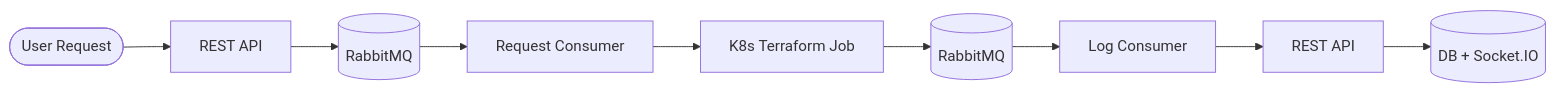
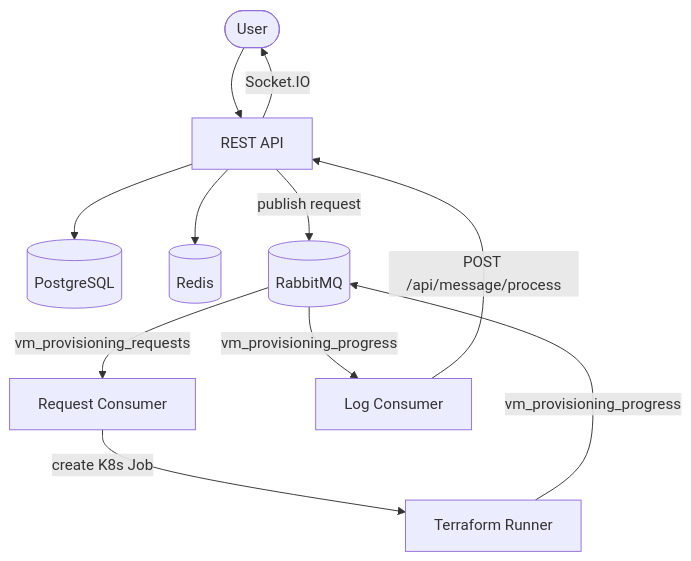
The diagram in README.md (NAICNO/vm-provision-backend), drawn with Mermaid before and after one commit. The commit also changed 1 other file, not shown here.

Commit message:
Update architecture diagrams and adjust replica count in deployment documentation

````diff
--- a/README.md
+++ b/README.md
@@ -9,11 +9,16 @@
 ```mermaid
-flowchart LR
-    User([User Request]) --> REST[REST API]
-    REST --> RMQ[(RabbitMQ)]
-    RMQ --> RC[Request Consumer]
-    RC --> TF[K8s Terraform Job]
-    TF --> RMQ2[(RabbitMQ)]
-    RMQ2 --> LC[Log Consumer]
-    LC --> REST2[REST API]
-    REST2 --> DB[(DB + Socket.IO)]
+flowchart TD
+    User([User]) --> REST[REST API]
+    REST --> PG[(PostgreSQL)]
+    REST --> Redis[(Redis)]
+    REST -- publish request --> RMQ[(RabbitMQ)]
+
+    RMQ -- vm_provisioning_requests --> RC[Request Consumer]
+    RC -- create K8s Job --> TF[Terraform Runner]
+
+    TF -- vm_provisioning_progress --> RMQ
+    RMQ -- vm_provisioning_progress --> LC[Log Consumer]
+    LC -- POST /api/message/process --> REST
+
+    REST -- Socket.IO --> User
 ```
````
